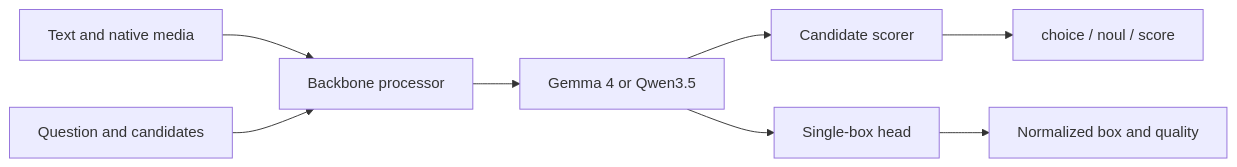
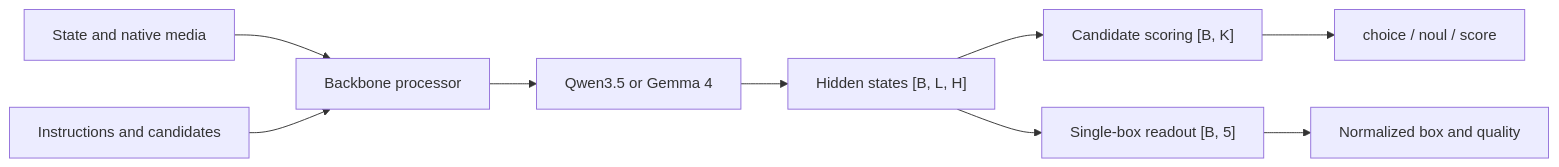
The diagram in README.md (2351548518/laya), drawn with Mermaid before and after one commit. The commit also changed other lines of this file and 324 other files, not shown here.

````diff
--- a/README.md
+++ b/README.md
@@ -104,10 +75,11 @@
 ```mermaid
 flowchart LR
-    Input["Text and native media"] --> Processor["Backbone processor"]
-    Question["Question and candidates"] --> Processor
-    Processor --> Backbone["Gemma 4 or Qwen3.5"]
-    Backbone --> Decision["Candidate scorer"]
-    Backbone --> Box["Single-box head"]
+    Input["State and native media"] --> Processor["Backbone processor"]
+    Question["Instructions and candidates"] --> Processor
+    Processor --> Backbone["Qwen3.5 or Gemma 4"]
+    Backbone --> Hidden["Hidden states [B, L, H]"]
+    Hidden --> Decision["Candidate scoring [B, K]"]
+    Hidden --> Grounding["Single-box readout [B, 5]"]
     Decision --> Typed["choice / noul / score"]
-    Box --> Coordinates["Normalized box and quality"]
+    Grounding --> Box["Normalized box and quality"]
 ```
````
